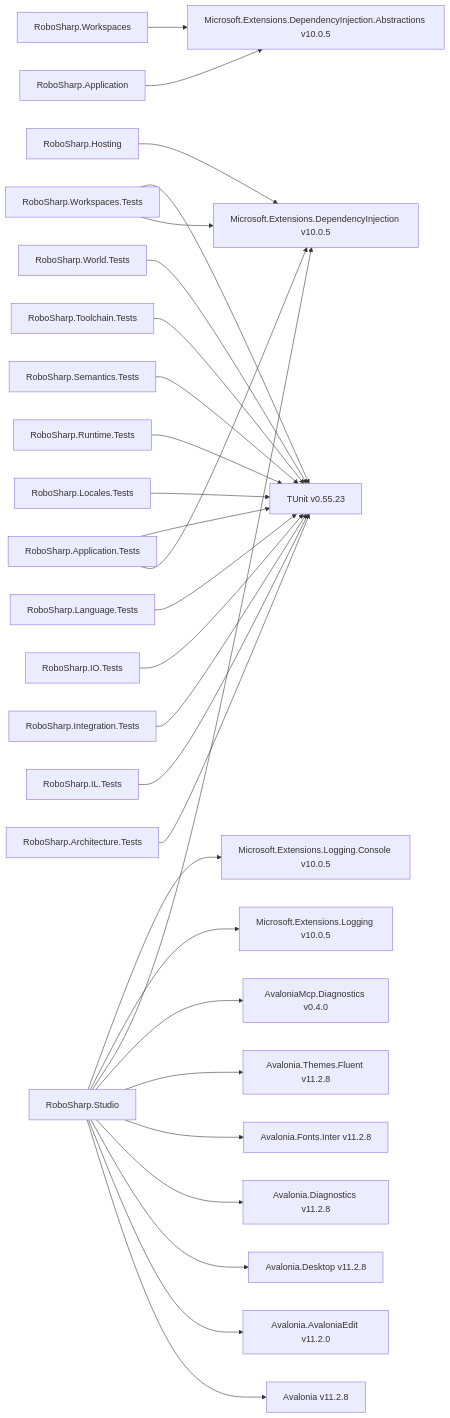
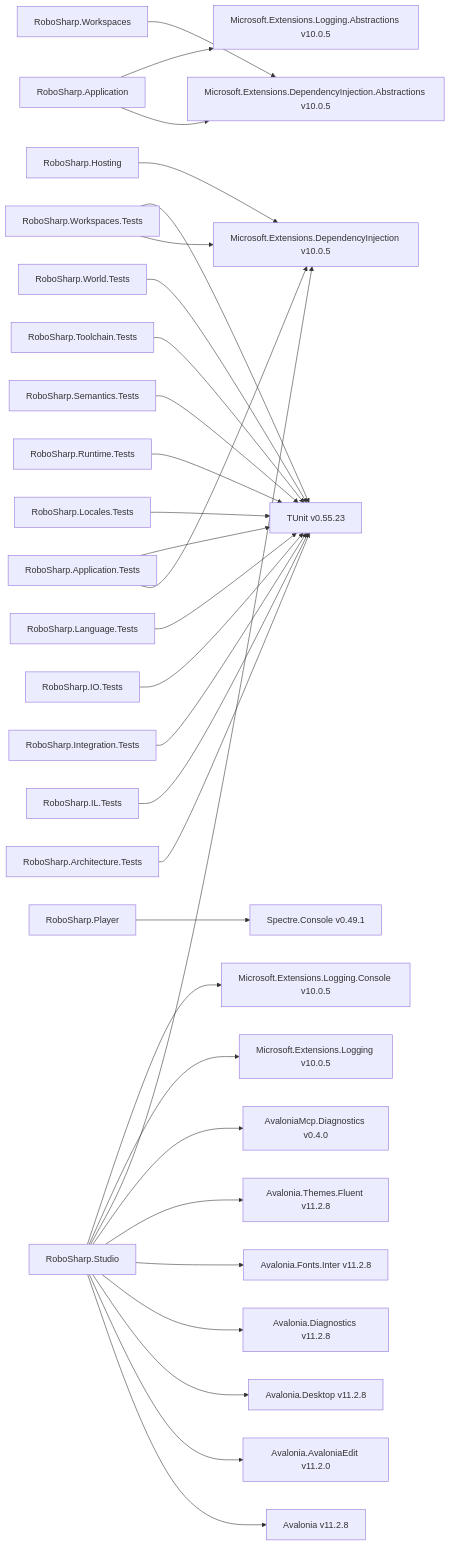
One commit to frankhaugen/RoboSharp changed the diagram in docs/diagrams/nuget-references.md. Above: the diagram before and after it, drawn with Mermaid. The commit also changed 47 other files, not shown here.

````diff
--- a/docs/diagrams/nuget-references.md
+++ b/docs/diagrams/nuget-references.md
@@ -7,30 +7,32 @@
 ```mermaid
 flowchart LR
   RoboSharp_Application["RoboSharp.Application"] --> pkg_Microsoft_Extensions_DependencyInjection_Abstractions["Microsoft.Extensions.DependencyInjection.Abstractions v10.0.5"]
+  RoboSharp_Application["RoboSharp.Application"] --> pkg_Microsoft_Extensions_Logging_Abstractions["Microsoft.Extensions.Logging.Abstractions v10.0.5"]
   RoboSharp_Application_Tests["RoboSharp.Application.Tests"] --> pkg_Microsoft_Extensions_DependencyInjection["Microsoft.Extensions.DependencyInjection v10.0.5"]
   RoboSharp_Application_Tests["RoboSharp.Application.Tests"] --> pkg_TUnit["TUnit v0.55.23"]
   RoboSharp_Architecture_Tests["RoboSharp.Architecture.Tests"] --> pkg_TUnit["TUnit v0.55.23"]
   RoboSharp_Hosting["RoboSharp.Hosting"] --> pkg_Microsoft_Extensions_DependencyInjection["Microsoft.Extensions.DependencyInjection v10.0.5"]
   RoboSharp_IL_Tests["RoboSharp.IL.Tests"] --> pkg_TUnit["TUnit v0.55.23"]
   RoboSharp_Integration_Tests["RoboSharp.Integration.Tests"] --> pkg_TUnit["TUnit v0.55.23"]
   RoboSharp_IO_Tests["RoboSharp.IO.Tests"] --> pkg_TUnit["TUnit v0.55.23"]
   RoboSharp_Language_Tests["RoboSharp.Language.Tests"] --> pkg_TUnit["TUnit v0.55.23"]
   RoboSharp_Locales_Tests["RoboSharp.Locales.Tests"] --> pkg_TUnit["TUnit v0.55.23"]
+  RoboSharp_Player["RoboSharp.Player"] --> pkg_Spectre_Console["Spectre.Console v0.49.1"]
   RoboSharp_Runtime_Tests["RoboSharp.Runtime.Tests"] --> pkg_TUnit["TUnit v0.55.23"]
   RoboSharp_Semantics_Tests["RoboSharp.Semantics.Tests"] --> pkg_TUnit["TUnit v0.55.23"]
   RoboSharp_Studio["RoboSharp.Studio"] --> pkg_Avalonia["Avalonia v11.2.8"]
   RoboSharp_Studio["RoboSharp.Studio"] --> pkg_Avalonia_AvaloniaEdit["Avalonia.AvaloniaEdit v11.2.0"]
   RoboSharp_Studio["RoboSharp.Studio"] --> pkg_Avalonia_Desktop["Avalonia.Desktop v11.2.8"]
   RoboSharp_Studio["RoboSharp.Studio"] --> pkg_Avalonia_Diagnostics["Avalonia.Diagnostics v11.2.8"]
   RoboSharp_Studio["RoboSharp.Studio"] --> pkg_Avalonia_Fonts_Inter["Avalonia.Fonts.Inter v11.2.8"]
   RoboSharp_Studio["RoboSharp.Studio"] --> pkg_Avalonia_Themes_Fluent["Avalonia.Themes.Fluent v11.2.8"]
   RoboSharp_Studio["RoboSharp.Studio"] --> pkg_AvaloniaMcp_Diagnostics["AvaloniaMcp.Diagnostics v0.4.0"]
   RoboSharp_Studio["RoboSharp.Studio"] --> pkg_Microsoft_Extensions_DependencyInjection["Microsoft.Extensions.DependencyInjection v10.0.5"]
   RoboSharp_Studio["RoboSharp.Studio"] --> pkg_Microsoft_Extensions_Logging["Microsoft.Extensions.Logging v10.0.5"]
   RoboSharp_Studio["RoboSharp.Studio"] --> pkg_Microsoft_Extensions_Logging_Console["Microsoft.Extensions.Logging.Console v10.0.5"]
   RoboSharp_Toolchain_Tests["RoboSharp.Toolchain.Tests"] --> pkg_TUnit["TUnit v0.55.23"]
   RoboSharp_Workspaces["RoboSharp.Workspaces"] --> pkg_Microsoft_Extensions_DependencyInjection_Abstractions["Microsoft.Extensions.DependencyInjection.Abstractions v10.0.5"]
   RoboSharp_Workspaces_Tests["RoboSharp.Workspaces.Tests"] --> pkg_Microsoft_Extensions_DependencyInjection["Microsoft.Extensions.DependencyInjection v10.0.5"]
   RoboSharp_Workspaces_Tests["RoboSharp.Workspaces.Tests"] --> pkg_TUnit["TUnit v0.55.23"]
   RoboSharp_World_Tests["RoboSharp.World.Tests"] --> pkg_TUnit["TUnit v0.55.23"]
 ```
````
